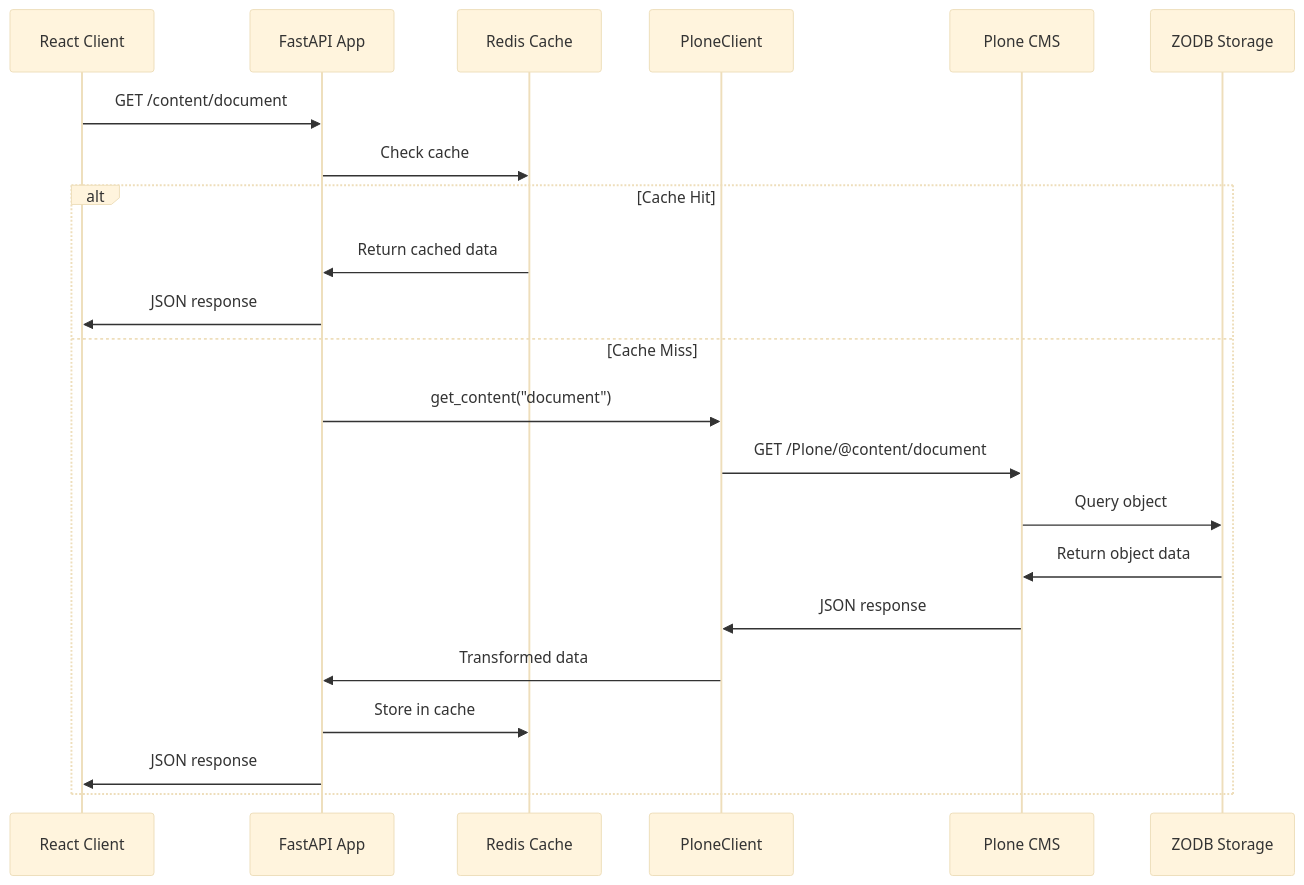
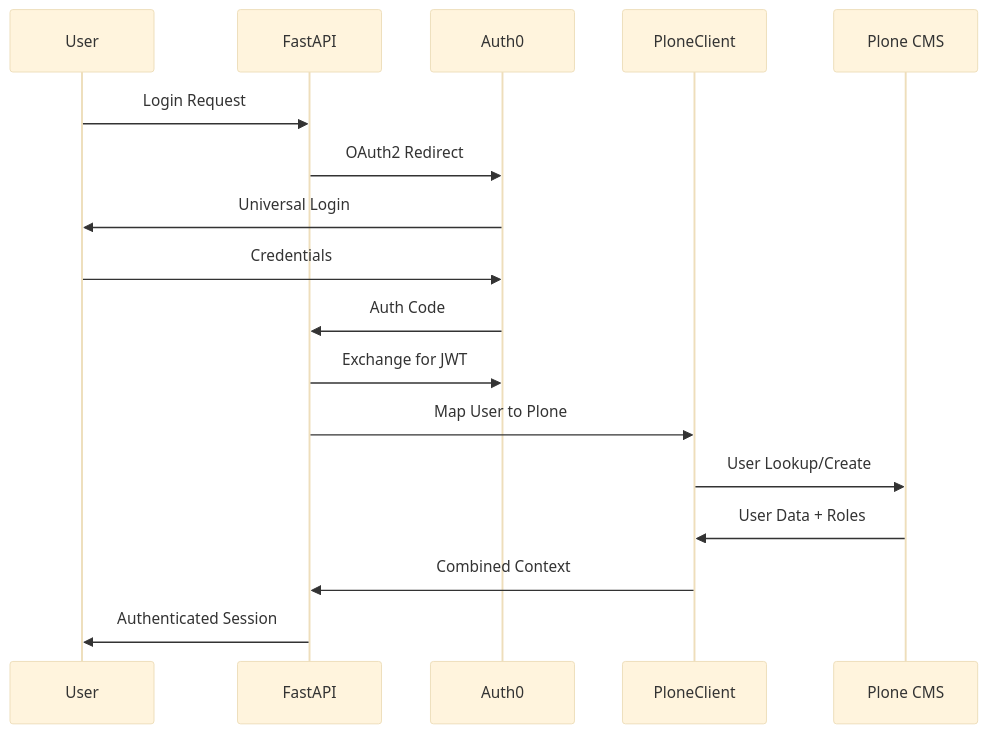
Before and after one commit to ryanmosz/eduhub: the second of 2 diagrams in docs/architecture/tech-stack-overview.md, drawn with Mermaid (base theme). The commit also changed other lines of this file and 7 other files, not shown here.

````diff
--- a/docs/architecture/tech-stack-overview.md
+++ b/docs/architecture/tech-stack-overview.md
@@ -233,25 +195,20 @@
 ```mermaid
 sequenceDiagram
-    participant Client as React Client
-    participant API as FastAPI App
-    participant Cache as Redis Cache
-    participant Bridge as PloneClient
-    participant Legacy as Plone CMS
-    participant ZODB as ZODB Storage
+    participant U as User
+    participant F as FastAPI
+    participant A as Auth0
+    participant P as PloneClient
+    participant Z as Plone CMS
 
-    Client->>API: GET /content/document
-    API->>Cache: Check cache
-    alt Cache Hit
-        Cache->>API: Return cached data
-        API->>Client: JSON response
-    else Cache Miss
-        API->>Bridge: get_content("document")
-        Bridge->>Legacy: GET /Plone/@content/document
-        Legacy->>ZODB: Query object
-        ZODB->>Legacy: Return object data
-        Legacy->>Bridge: JSON response
-        Bridge->>API: Transformed data
-        API->>Cache: Store in cache
-        API->>Client: JSON response
-    end
+    U->>F: Login Request
+    F->>A: OAuth2 Redirect
+    A->>U: Universal Login
+    U->>A: Credentials
+    A->>F: Auth Code
+    F->>A: Exchange for JWT
+    F->>P: Map User to Plone
+    P->>Z: User Lookup/Create
+    Z->>P: User Data + Roles
+    P->>F: Combined Context
+    F->>U: Authenticated Session
 ```
````
